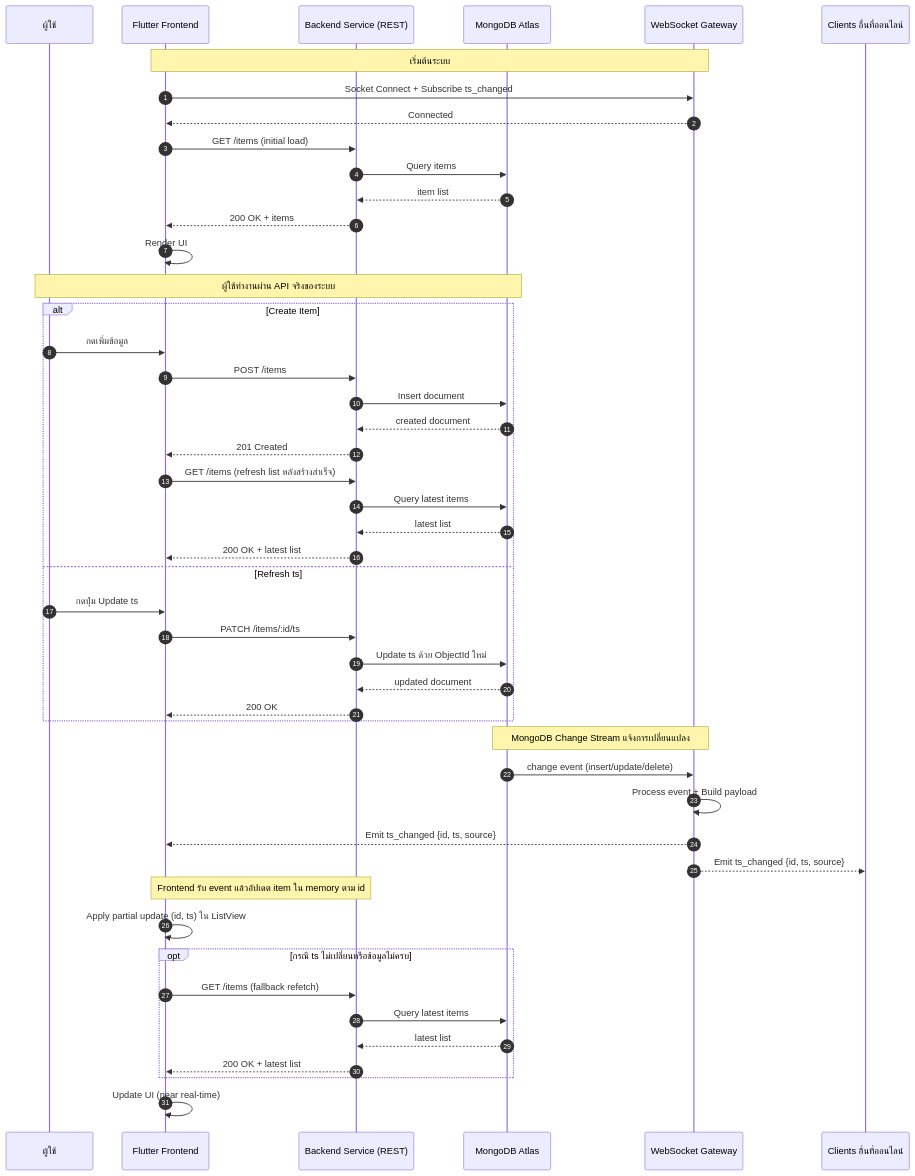
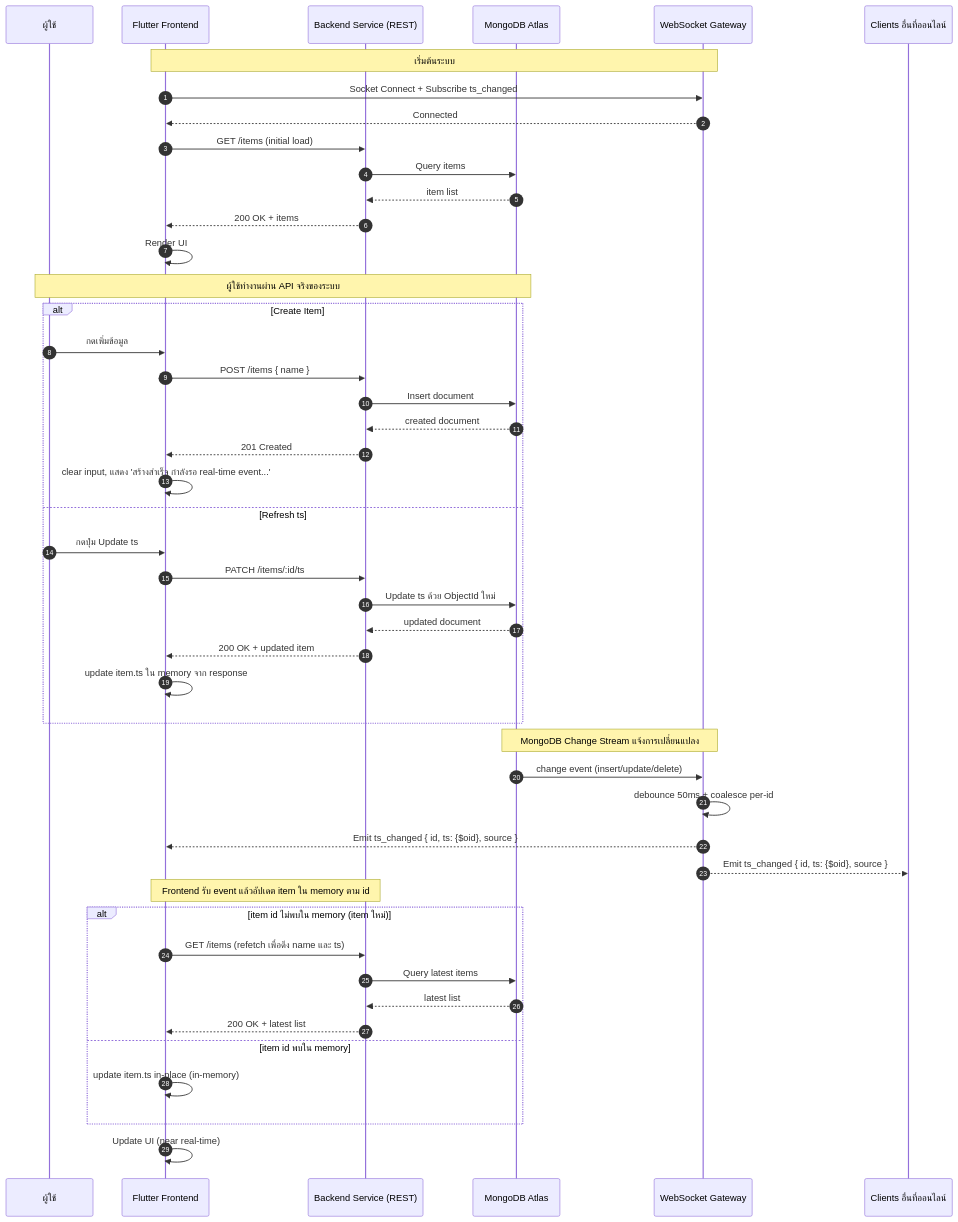
Before and after one commit to kanha-p-dev/realtime-event-system: the first of 2 diagrams in ARCHITECTURE_DIAGRAMS.md, drawn with Mermaid. The commit also changed other lines of this file and 6 other files, not shown here.

````diff
--- a/ARCHITECTURE_DIAGRAMS.md
+++ b/ARCHITECTURE_DIAGRAMS.md
@@ -18,55 +18,54 @@
 ```mermaid
 sequenceDiagram
     autonumber
     participant User as ผู้ใช้
     participant FE as Flutter Frontend
     participant BE as Backend Service (REST)
     participant DB as MongoDB Atlas
     participant GW as WebSocket Gateway
     participant Clients as Clients อื่นที่ออนไลน์
 
     Note over FE,GW: เริ่มต้นระบบ
     FE->>GW: Socket Connect + Subscribe ts_changed
     GW-->>FE: Connected
     FE->>BE: GET /items (initial load)
     BE->>DB: Query items
     DB-->>BE: item list
     BE-->>FE: 200 OK + items
     FE->>FE: Render UI
 
     Note over User,DB: ผู้ใช้ทำงานผ่าน API จริงของระบบ
 
     alt Create Item
         User->>FE: กดเพิ่มข้อมูล
-        FE->>BE: POST /items
+        FE->>BE: POST /items { name }
         BE->>DB: Insert document
         DB-->>BE: created document
         BE-->>FE: 201 Created
-        FE->>BE: GET /items (refresh list หลังสร้างสำเร็จ)
-        BE->>DB: Query latest items
-        DB-->>BE: latest list
-        BE-->>FE: 200 OK + latest list
+        FE->>FE: clear input, แสดง 'สร้างสำเร็จ กำลังรอ real-time event...'
     else Refresh ts
         User->>FE: กดปุ่ม Update ts
         FE->>BE: PATCH /items/:id/ts
         BE->>DB: Update ts ด้วย ObjectId ใหม่
         DB-->>BE: updated document
-        BE-->>FE: 200 OK
+        BE-->>FE: 200 OK + updated item
+        FE->>FE: update item.ts ใน memory จาก response
     end
 
     Note over DB,GW: MongoDB Change Stream แจ้งการเปลี่ยนแปลง
     DB->>GW: change event (insert/update/delete)
-    GW->>GW: Process event + Build payload
-    GW-->>FE: Emit ts_changed {id, ts, source}
-    GW-->>Clients: Emit ts_changed {id, ts, source}
+    GW->>GW: debounce 50ms + coalesce per-id
+    GW-->>FE: Emit ts_changed { id, ts: {$oid}, source }
+    GW-->>Clients: Emit ts_changed { id, ts: {$oid}, source }
 
     Note over FE,BE: Frontend รับ event แล้วอัปเดต item ใน memory ตาม id
-    FE->>FE: Apply partial update (id, ts) ใน ListView
-    opt กรณี ts ไม่เปลี่ยนหรือข้อมูลไม่ครบ
-        FE->>BE: GET /items (fallback refetch)
+    alt item id ไม่พบใน memory (item ใหม่)
+        FE->>BE: GET /items (refetch เพื่อดึง name และ ts)
         BE->>DB: Query latest items
         DB-->>BE: latest list
         BE-->>FE: 200 OK + latest list
+    else item id พบใน memory
+        FE->>FE: update item.ts in-place (in-memory)
     end
     FE->>FE: Update UI (near real-time)
 ```
````
